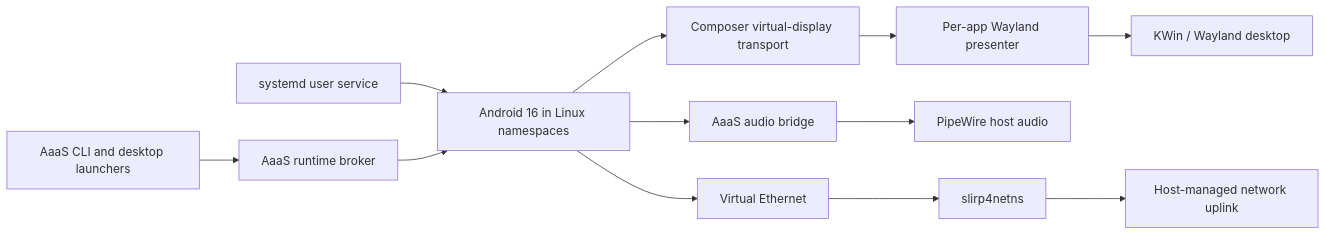
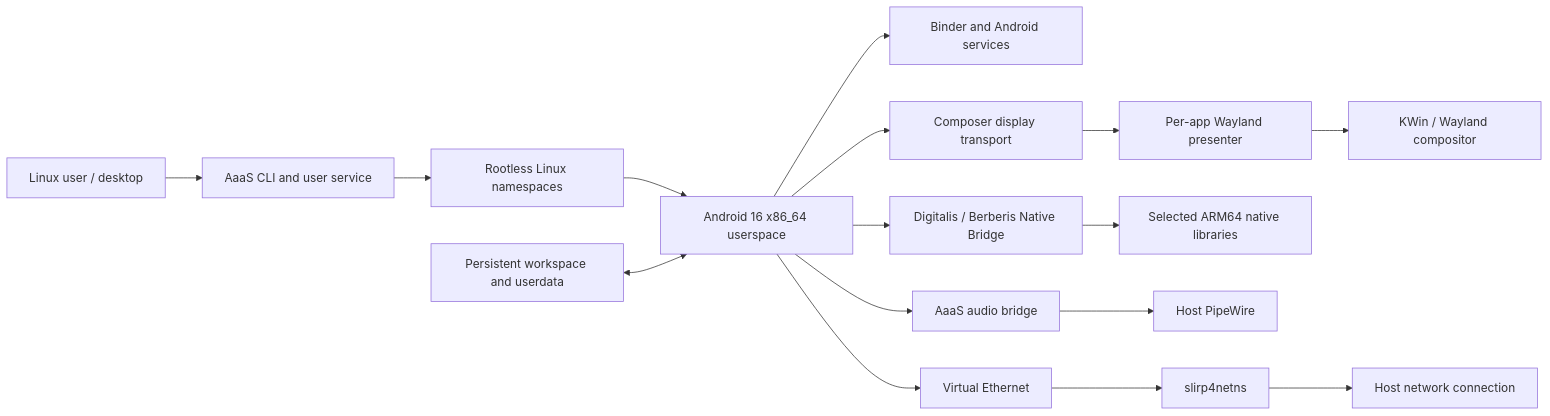
The diagram in README.md (mrkushalsm/aaas), drawn with Mermaid before and after one commit. The commit also changed other lines of this file and 3 other files, not shown here.

````diff
--- a/README.md
+++ b/README.md
@@ -39,14 +81,18 @@
 ```mermaid
 flowchart LR
-  CLI[AaaS CLI and desktop launchers] --> Broker[AaaS runtime broker]
-  Service[systemd user service] --> Android[Android 16 in Linux namespaces]
-  Broker --> Android
-  Android --> Composer[Composer virtual-display transport]
+  User[Linux user / desktop] --> CLI[AaaS CLI and user service]
+  CLI --> NS[Rootless Linux namespaces]
+  NS --> Android[Android 16 x86_64 userspace]
+  Android --> Binder[Binder and Android services]
+  Android --> Composer[Composer display transport]
   Composer --> Presenter[Per-app Wayland presenter]
-  Presenter --> KWin[KWin / Wayland desktop]
+  Presenter --> Wayland[KWin / Wayland compositor]
+  Android --> NB[Digitalis / Berberis Native Bridge]
+  NB --> ARM[Selected ARM64 native libraries]
   Android --> Audio[AaaS audio bridge]
-  Audio --> PipeWire[PipeWire host audio]
-  Android --> Net[Virtual Ethernet]
-  Net --> Slirp[slirp4netns]
-  Slirp --> Uplink[Host-managed network uplink]
+  Audio --> PW[Host PipeWire]
+  Android --> VETH[Virtual Ethernet]
+  VETH --> SLIRP[slirp4netns]
+  SLIRP --> Net[Host network connection]
+  Data[Persistent workspace and userdata] <--> Android
 ```
````
